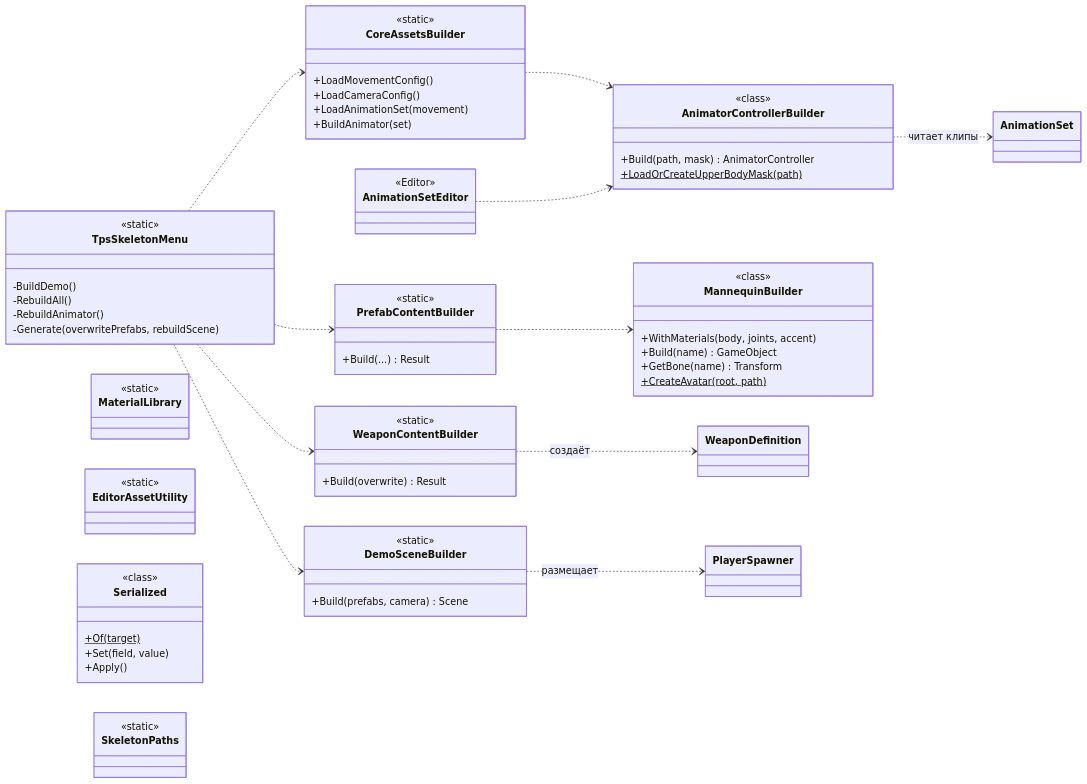
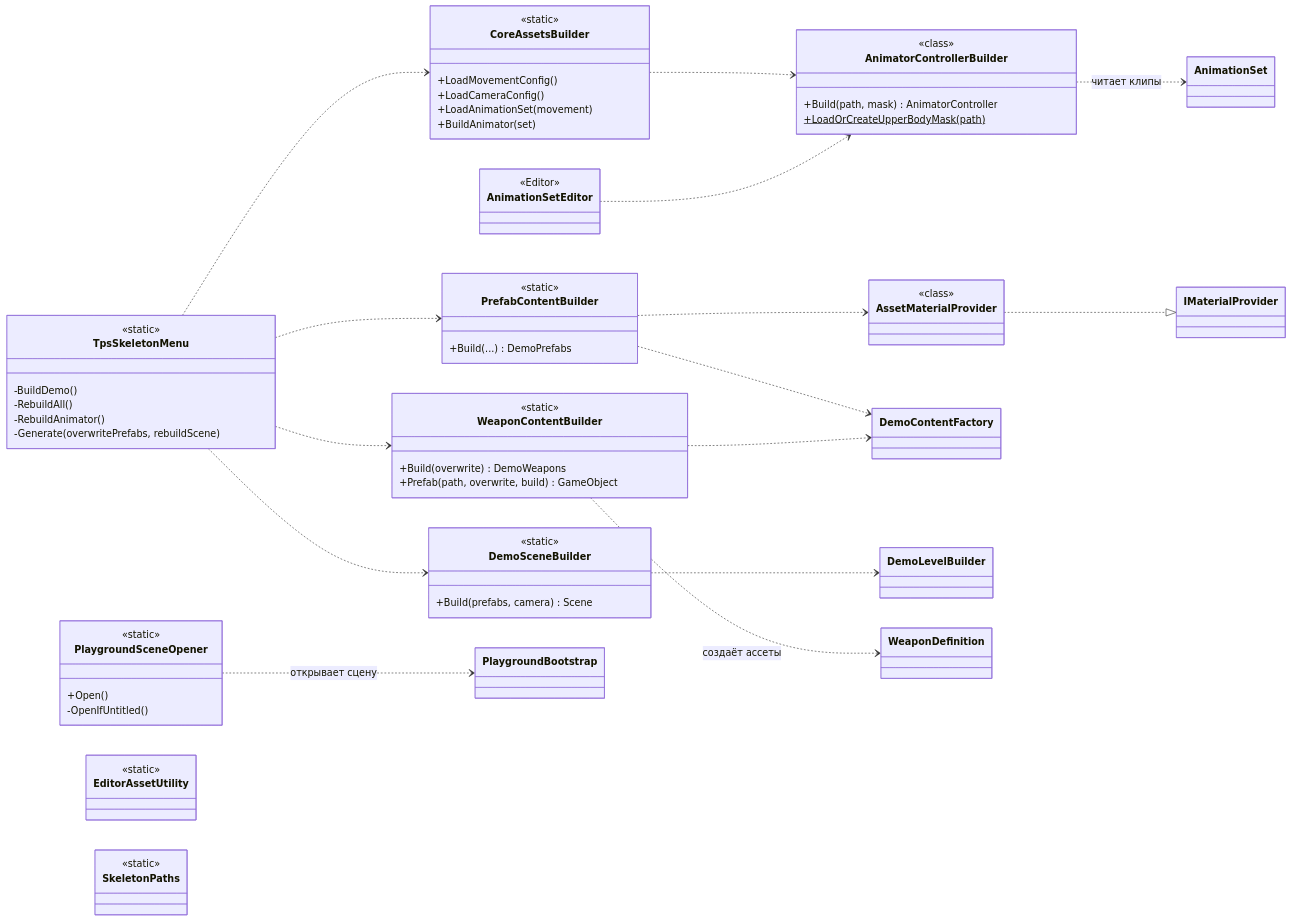
One commit to legatys/game changed diagram 15 of 15 in Prod/Docs/UML.md. Above: the diagram before and after it, drawn with Mermaid. The commit also changed other lines of this file and 51 other files, not shown here.

First line of the commit message:
Add ready-to-play Playground scene built from runtime factories

````diff
--- a/Prod/Docs/UML.md
+++ b/Prod/Docs/UML.md
@@ -888,70 +1023,67 @@
 ```mermaid
 classDiagram
     direction LR
     class TpsSkeletonMenu {
         <<static>>
         -BuildDemo()
         -RebuildAll()
         -RebuildAnimator()
         -Generate(overwritePrefabs, rebuildScene)
     }
     class CoreAssetsBuilder {
         <<static>>
         +LoadMovementConfig()
         +LoadCameraConfig()
         +LoadAnimationSet(movement)
         +BuildAnimator(set)
     }
     class AnimatorControllerBuilder {
         <<class>>
         +Build(path, mask) AnimatorController
         +LoadOrCreateUpperBodyMask(path)$
     }
-    class MannequinBuilder {
-        <<class>>
-        +WithMaterials(body, joints, accent)
-        +Build(name) GameObject
-        +GetBone(name) Transform
-        +CreateAvatar(root, path)$
-    }
     class WeaponContentBuilder {
         <<static>>
-        +Build(overwrite) Result
+        +Build(overwrite) DemoWeapons
+        +Prefab(path, overwrite, build) GameObject
     }
     class PrefabContentBuilder {
         <<static>>
-        +Build(...) Result
+        +Build(...) DemoPrefabs
     }
     class DemoSceneBuilder {
         <<static>>
         +Build(prefabs, camera) Scene
     }
     class AnimationSetEditor {
         <<Editor>>
     }
-    class MaterialLibrary {
+    class AssetMaterialProvider {
+        <<class>>
+    }
+    class PlaygroundSceneOpener {
         <<static>>
+        +Open()
+        -OpenIfUntitled()
     }
     class EditorAssetUtility {
         <<static>>
-    }
-    class Serialized {
-        <<class>>
-        +Of(target)$
-        +Set(field, value)
-        +Apply()
     }
     class SkeletonPaths {
         <<static>>
     }
     TpsSkeletonMenu ..> CoreAssetsBuilder
     TpsSkeletonMenu ..> WeaponContentBuilder
     TpsSkeletonMenu ..> PrefabContentBuilder
     TpsSkeletonMenu ..> DemoSceneBuilder
     CoreAssetsBuilder ..> AnimatorControllerBuilder
     AnimatorControllerBuilder ..> AnimationSet : читает клипы
-    PrefabContentBuilder ..> MannequinBuilder
+    PrefabContentBuilder ..> DemoContentFactory
+    WeaponContentBuilder ..> DemoContentFactory
+    DemoSceneBuilder ..> DemoLevelBuilder
+    AssetMaterialProvider ..|> IMaterialProvider
+    PrefabContentBuilder ..> AssetMaterialProvider
     AnimationSetEditor ..> AnimatorControllerBuilder
-    WeaponContentBuilder ..> WeaponDefinition : создаёт
-    DemoSceneBuilder ..> PlayerSpawner : размещает
+    WeaponContentBuilder ..> WeaponDefinition : создаёт ассеты
+    PlaygroundSceneOpener ..> PlaygroundBootstrap : открывает сцену
 ```
````
